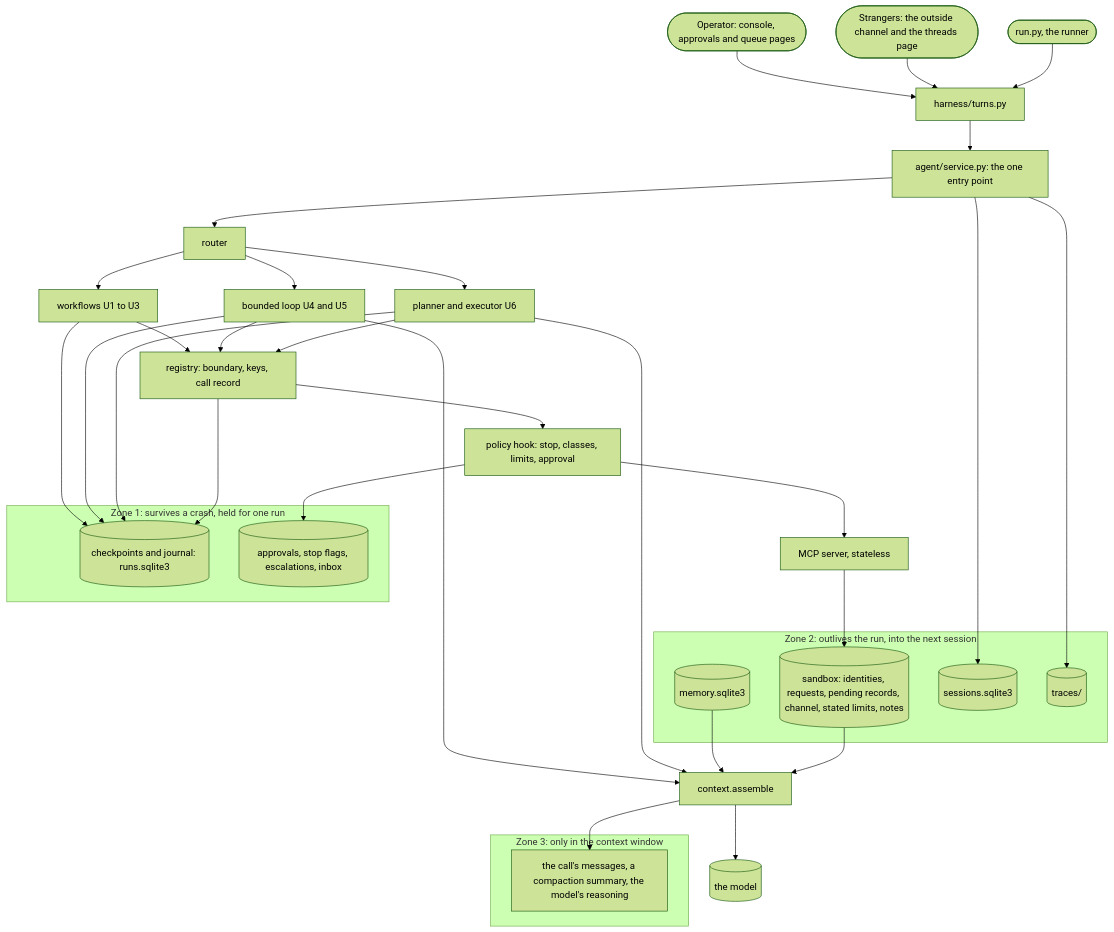
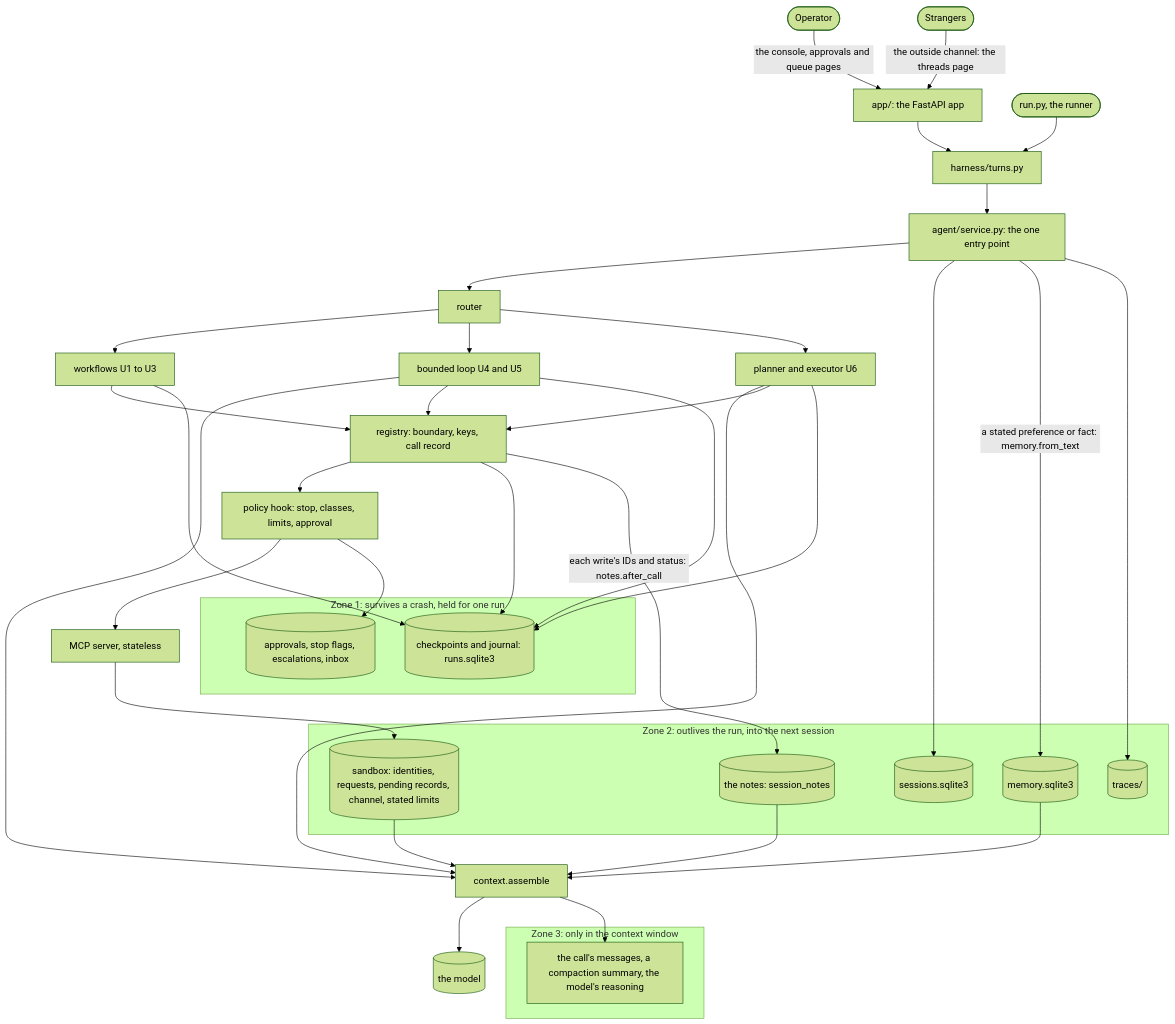
One commit to mourya-vipin/agentic_ai_project changed the first of 2 diagrams in docs/milestones/M2.md. Above: the diagram before and after it, drawn with Mermaid (forest theme). The commit also changed other lines of this file and 24 other files, not shown here.

Commit message:
Fail a check on a change to anyone else, read a long t07 heading, crash every write task at its last write and fix the two faults it found, add memory.facts, and answer the review in M2.md

````diff
--- a/docs/milestones/M2.md
+++ b/docs/milestones/M2.md
@@ -157,43 +167,48 @@
 ```mermaid
 flowchart TB
-    OP(["Operator: console, approvals and queue pages"]) --> TURNS
-    ST(["Strangers: the outside channel and the threads page"]) --> TURNS
+    OP(["Operator"]) -->|"the console, approvals and queue pages"| APP["app/: the FastAPI app"]
+    ST(["Strangers"]) -->|"the outside channel: the threads page"| APP
+    APP --> TURNS
     RUNNER(["run.py, the runner"]) --> TURNS
     TURNS["harness/turns.py"] --> SVC["agent/service.py: the one entry point"]
     SVC --> ROUTER["router"]
     ROUTER --> WF["workflows U1 to U3"]
     ROUTER --> LOOP["bounded loop U4 and U5"]
     ROUTER --> PLAN["planner and executor U6"]
     LOOP --> CTX["context.assemble"]
     PLAN --> CTX
     CTX --> MODEL[("the model")]
     WF --> REG["registry: boundary, keys, call record"]
     LOOP --> REG
     PLAN --> REG
     REG --> HOOK["policy hook: stop, classes, limits, approval"]
     HOOK --> MCP["MCP server, stateless"]
     subgraph Z1 ["Zone 1: survives a crash, held for one run"]
         CP[("checkpoints and journal: runs.sqlite3")]
         HOLD[("approvals, stop flags, escalations, inbox")]
     end
     subgraph Z2 ["Zone 2: outlives the run, into the next session"]
-        SB[("sandbox: identities, requests, pending records, channel, stated limits, notes")]
+        SB[("sandbox: identities, requests, pending records, channel, stated limits")]
+        NOTES[("the notes: session_notes")]
         MEM[("memory.sqlite3")]
         SES[("sessions.sqlite3")]
         TR[("traces/")]
     end
     subgraph Z3 ["Zone 3: only in the context window"]
         WIN["the call's messages, a compaction summary, the model's reasoning"]
     end
     MCP --> SB
     WF --> CP
     LOOP --> CP
     PLAN --> CP
     REG --> CP
     HOOK --> HOLD
     SVC --> SES
+    REG -->|"each write's IDs and status: notes.after_call"| NOTES
+    SVC -->|"a stated preference or fact: memory.from_text"| MEM
     MEM --> CTX
+    NOTES --> CTX
     SB --> CTX
     CTX --> WIN
     SVC --> TR
 ```
````
